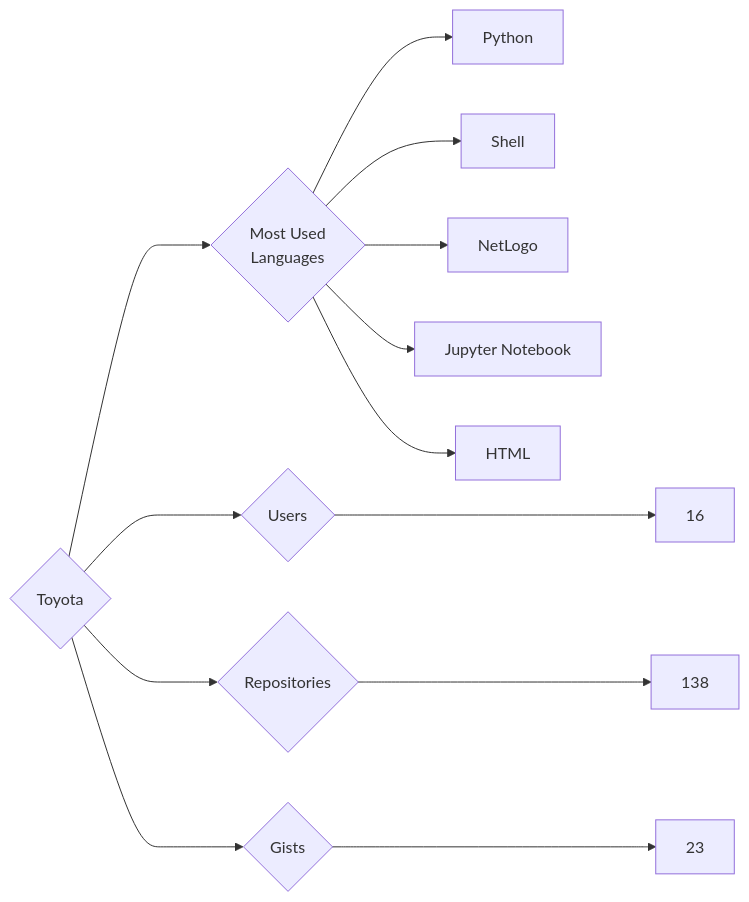
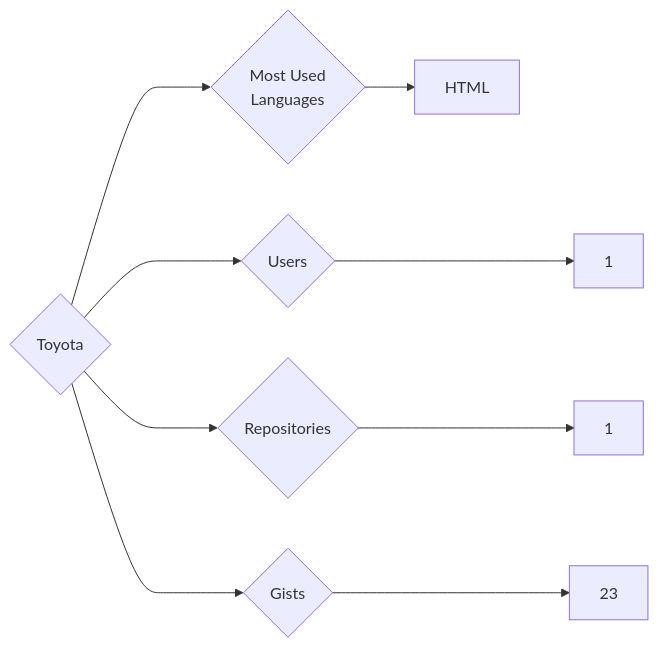
One commit to trickest/insiders changed the diagram in targets/Toyota/README.md. Above: the diagram before and after it, drawn with Mermaid. The commit also changed 682 other files, not shown here.

````diff
--- a/targets/Toyota/README.md
+++ b/targets/Toyota/README.md
@@ -3,13 +3,9 @@
 ```mermaid
 graph LR
 COMPANY_NAME{Toyota}
-COMPANY_NAME ---> U{Users} ---> UN[16]
-COMPANY_NAME ---> R{Repositories} ---> RN[138]
+COMPANY_NAME ---> U{Users} ---> UN[1]
+COMPANY_NAME ---> R{Repositories} ---> RN[1]
 COMPANY_NAME ---> G{Gists} ---> GN[23]
 COMPANY_NAME ---> ML{Most Used<br>Languages}
-ML --> Python[Python]
-ML --> Shell[Shell]
-ML --> NetLogo[NetLogo]
-ML --> Jupyter_Notebook[Jupyter Notebook]
 ML --> HTML[HTML]
 ```
````
